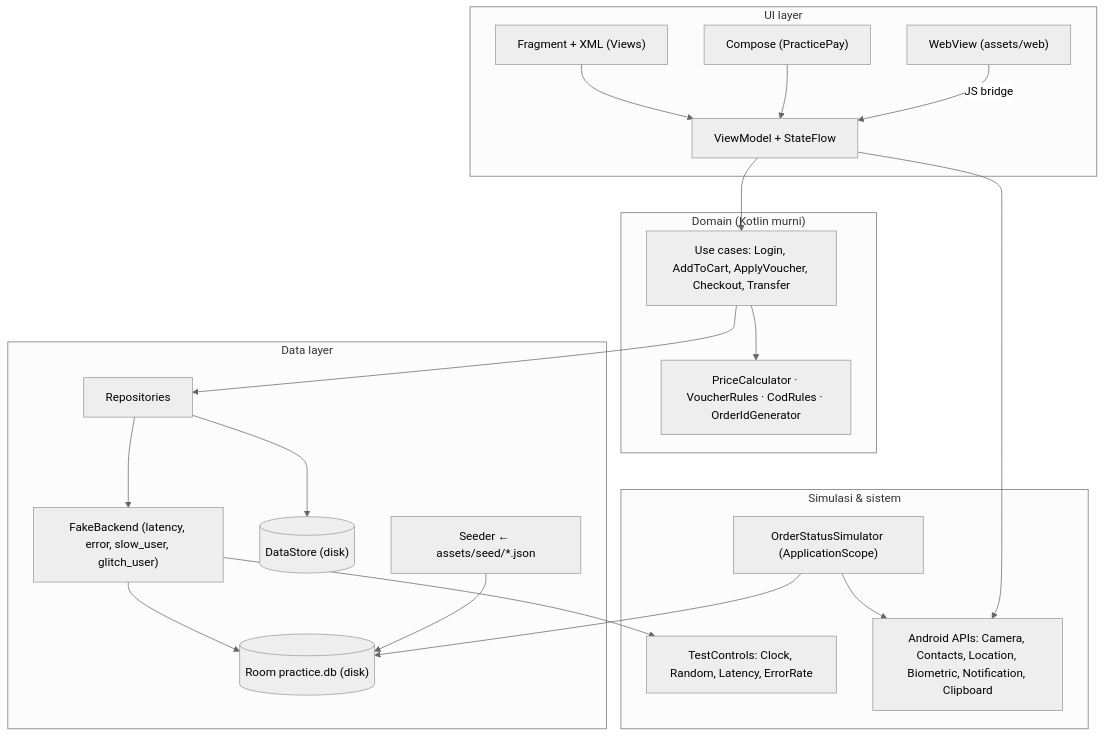
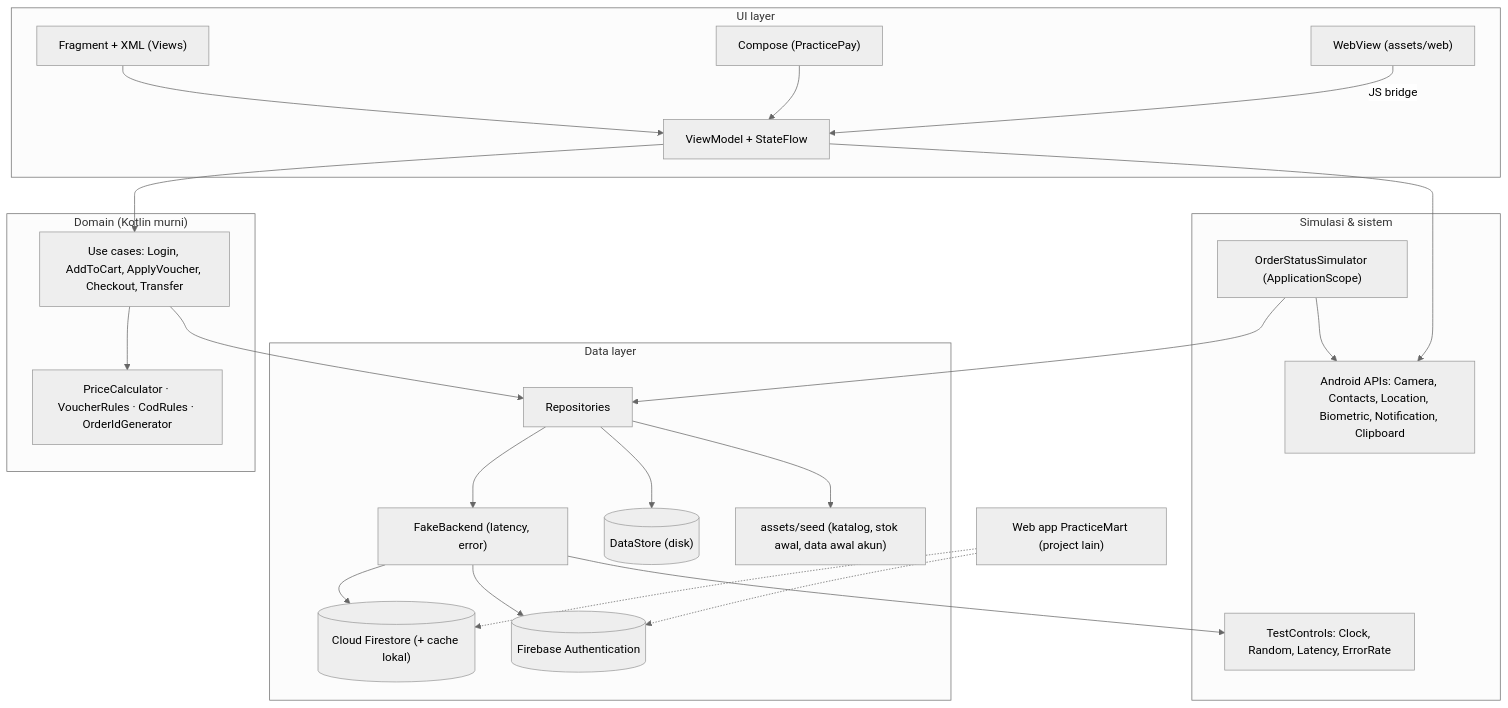
The first of 2 diagrams in ARCHITECTURE.md (dhandyjoe/PracticeMarket.apps), drawn with Mermaid (neutral theme) before and after one commit. The commit also changed other lines of this file and 106 other files, not shown here.

First line of the commit message:
feat(firebase): ganti database lokal Room dengan Firebase Auth dan Firestore

````diff
--- a/ARCHITECTURE.md
+++ b/ARCHITECTURE.md
@@ -79,36 +91,40 @@
 ```mermaid
 flowchart TB
   subgraph UI["UI layer"]
     V["Fragment + XML (Views)"]
     C["Compose (PracticePay)"]
     W["WebView (assets/web)"]
     VM["ViewModel + StateFlow"]
     V --> VM
     C --> VM
   end
   subgraph Domain["Domain (Kotlin murni)"]
     UC["Use cases: Login, AddToCart, ApplyVoucher, Checkout, Transfer"]
     CALC["PriceCalculator · VoucherRules · CodRules · OrderIdGenerator"]
   end
   subgraph Data["Data layer"]
     REPO["Repositories"]
-    FB["FakeBackend (latency, error, slow_user, glitch_user)"]
-    DB[("Room practice.db (disk)")]
+    FB["FakeBackend (latency, error)"]
+    FS[("Cloud Firestore (+ cache lokal)")]
+    AUTH[("Firebase Authentication")]
     DS[("DataStore (disk)")]
-    SEED["Seeder ← assets/seed/*.json"]
+    BUNDLE["assets/seed (katalog, stok awal, data awal akun)"]
   end
   subgraph Sys["Simulasi & sistem"]
     SIM["OrderStatusSimulator (ApplicationScope)"]
     CTL["TestControls: Clock, Random, Latency, ErrorRate"]
     OS["Android APIs: Camera, Contacts, Location, Biometric, Notification, Clipboard"]
   end
   VM --> UC --> CALC
-  UC --> REPO --> FB --> DB
-  SEED --> DB
+  UC --> REPO --> FB --> FS
+  FB --> AUTH
   REPO --> DS
+  REPO --> BUNDLE
   FB --> CTL
-  SIM --> DB
+  SIM --> REPO
   SIM --> OS
   VM --> OS
   W -- "JS bridge" --> VM
+  WEB["Web app PracticeMart (project lain)"] -.-> FS
+  WEB -.-> AUTH
 ```
````
